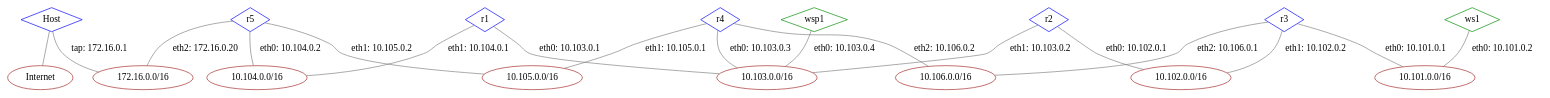
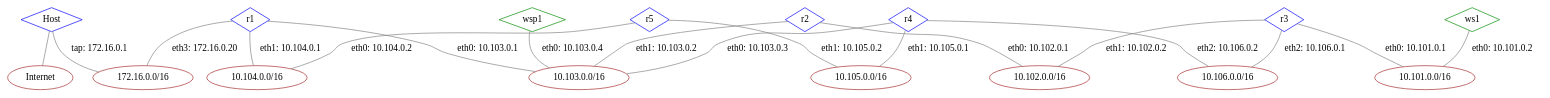
One commit to afrolovskiy/np changed the diagram in lab2/report/graphs/network.gv. Above: the diagram before and after it, drawn with Graphviz. The commit also changed 13 other files, not shown here.

```diff
--- a/lab2/report/graphs/network.gv
+++ b/lab2/report/graphs/network.gv
@@ -1,47 +1,47 @@
 graph G {
 edge [len=1.5];
 node [shape=diamond, color="green4"];
 Host [color="blue"];
 r1 [color="blue"];
 r2 [color="blue"];
 r3 [color="blue"];
 r4 [color="blue"];
 r5 [color="blue"];
 ws1;
 wsp1;
 node [shape=ellipse, color="brown"];
 lan6 [label="10.106.0.0/16"];
 lan5 [label="10.105.0.0/16"];
 lan3 [label="10.103.0.0/16"];
-tap [label="172.16.0.0/16"];
 lan5 [label="10.105.0.0/16"];
 lan4 [label="10.104.0.0/16"];
 lan3 [label="10.103.0.0/16"];
+tap [label="172.16.0.0/16"];
 lan4 [label="10.104.0.0/16"];
 lan3 [label="10.103.0.0/16"];
 lan3 [label="10.103.0.0/16"];
 lan2 [label="10.102.0.0/16"];
 lan6 [label="10.106.0.0/16"];
 lan2 [label="10.102.0.0/16"];
 lan1 [label="10.101.0.0/16"];
 lan1 [label="10.101.0.0/16"];
 Internet [label="Internet"];
 tap [label="172.16.0.0/16"];
 Host -- Internet [color="gray"];
 Host -- tap [label="tap: 172.16.0.1", color="gray"];
+r1 -- tap [label="eth3: 172.16.0.20", color="gray"];
 r1 -- lan4 [label="eth1: 10.104.0.1", color="gray"];
 r1 -- lan3 [label="eth0: 10.103.0.1", color="gray"];
 r2 -- lan3 [label="eth1: 10.103.0.2", color="gray"];
 r2 -- lan2 [label="eth0: 10.102.0.1", color="gray"];
 r3 -- lan6 [label="eth2: 10.106.0.1", color="gray"];
 r3 -- lan2 [label="eth1: 10.102.0.2", color="gray"];
 r3 -- lan1 [label="eth0: 10.101.0.1", color="gray"];
 r4 -- lan6 [label="eth2: 10.106.0.2", color="gray"];
 r4 -- lan5 [label="eth1: 10.105.0.1", color="gray"];
 r4 -- lan3 [label="eth0: 10.103.0.3", color="gray"];
-r5 -- tap [label="eth2: 172.16.0.20", color="gray"];
 r5 -- lan5 [label="eth1: 10.105.0.2", color="gray"];
 r5 -- lan4 [label="eth0: 10.104.0.2", color="gray"];
 ws1 -- lan1 [label="eth0: 10.101.0.2", color="gray"];
 wsp1 -- lan3 [label="eth0: 10.103.0.4", color="gray"];
 }
```
